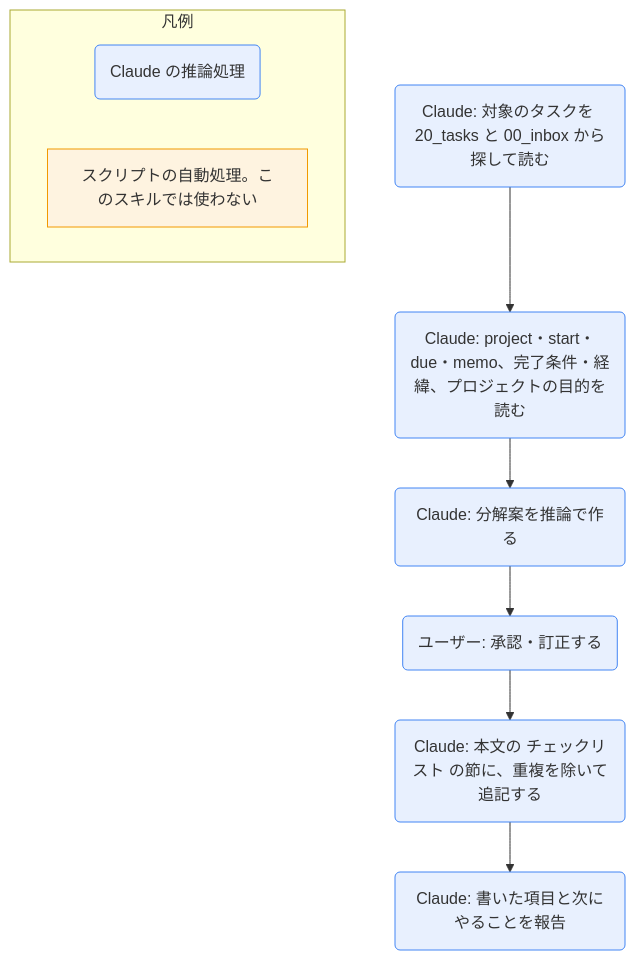
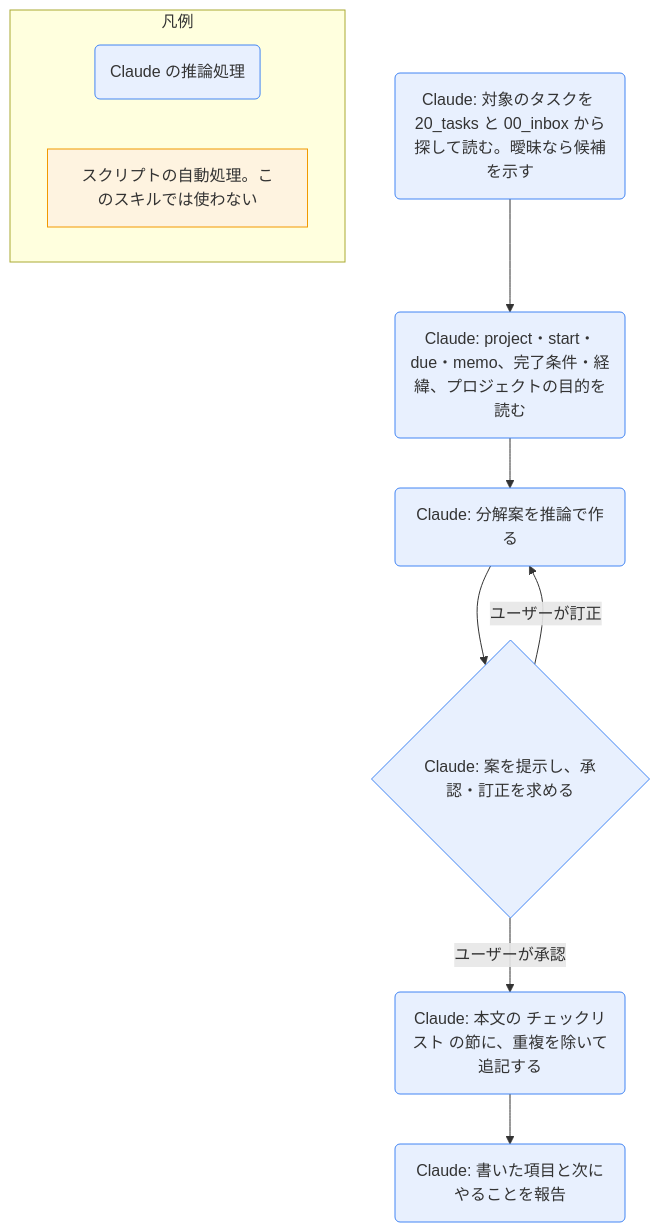
Before and after one commit to asama0101/obsidian-claude: the diagram in 90_system/skill-docs/task-split.md, drawn with Mermaid. The commit also changed other lines of this file and 63 other files, not shown here.

````diff
--- a/90_system/skill-docs/task-split.md
+++ b/90_system/skill-docs/task-split.md
@@ -32,15 +32,16 @@
 ```mermaid
 flowchart TD
-  A(Claude: 対象のタスクを 20_tasks と 00_inbox から探して読む) --> B(Claude: project・start・due・memo、完了条件・経緯、プロジェクトの目的を読む)
+  A(Claude: 対象のタスクを 20_tasks と 00_inbox から探して読む。曖昧なら候補を示す) --> B(Claude: project・start・due・memo、完了条件・経緯、プロジェクトの目的を読む)
   B --> C(Claude: 分解案を推論で作る)
-  C --> D(ユーザー: 承認・訂正する)
-  D --> E(Claude: 本文の チェックリスト の節に、重複を除いて追記する)
+  C --> D{Claude: 案を提示し、承認・訂正を求める}
+  D -- ユーザーが訂正 --> C
+  D -- ユーザーが承認 --> E(Claude: 本文の チェックリスト の節に、重複を除いて追記する)
   E --> F(Claude: 書いた項目と次にやることを報告)
   classDef ai fill:#e8f0fe,stroke:#4285f4
   classDef sc fill:#fef3e0,stroke:#f29900
   class A,B,C,D,E,F ai
   subgraph 凡例
     L1(Claude の推論処理):::ai
     L2[スクリプトの自動処理。このスキルでは使わない]:::sc
   end
 ```
````
